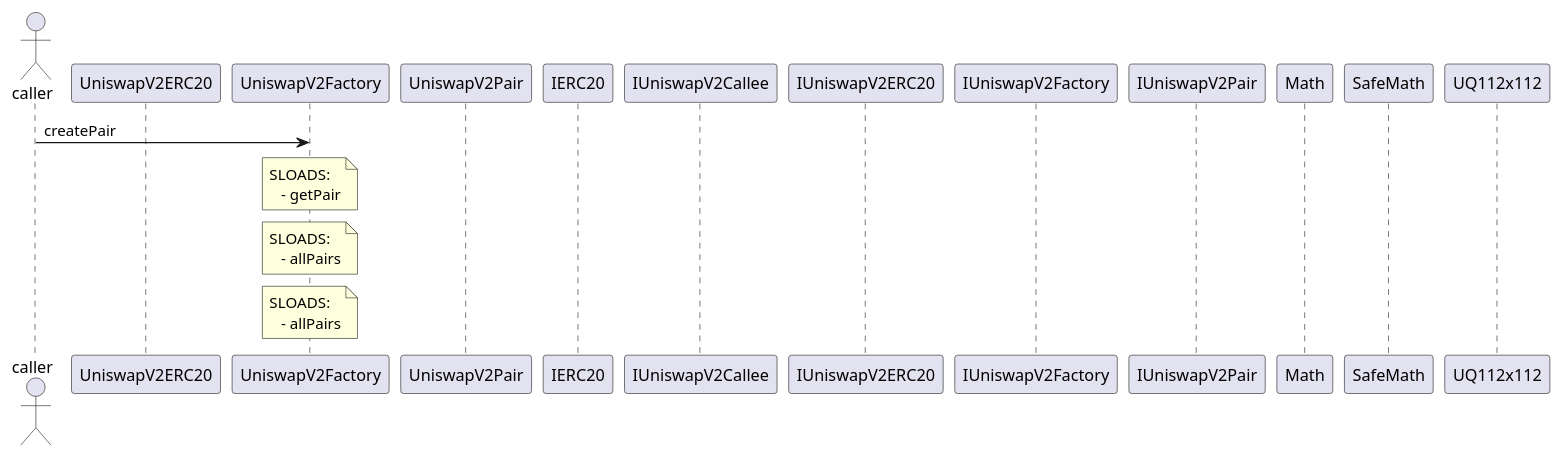
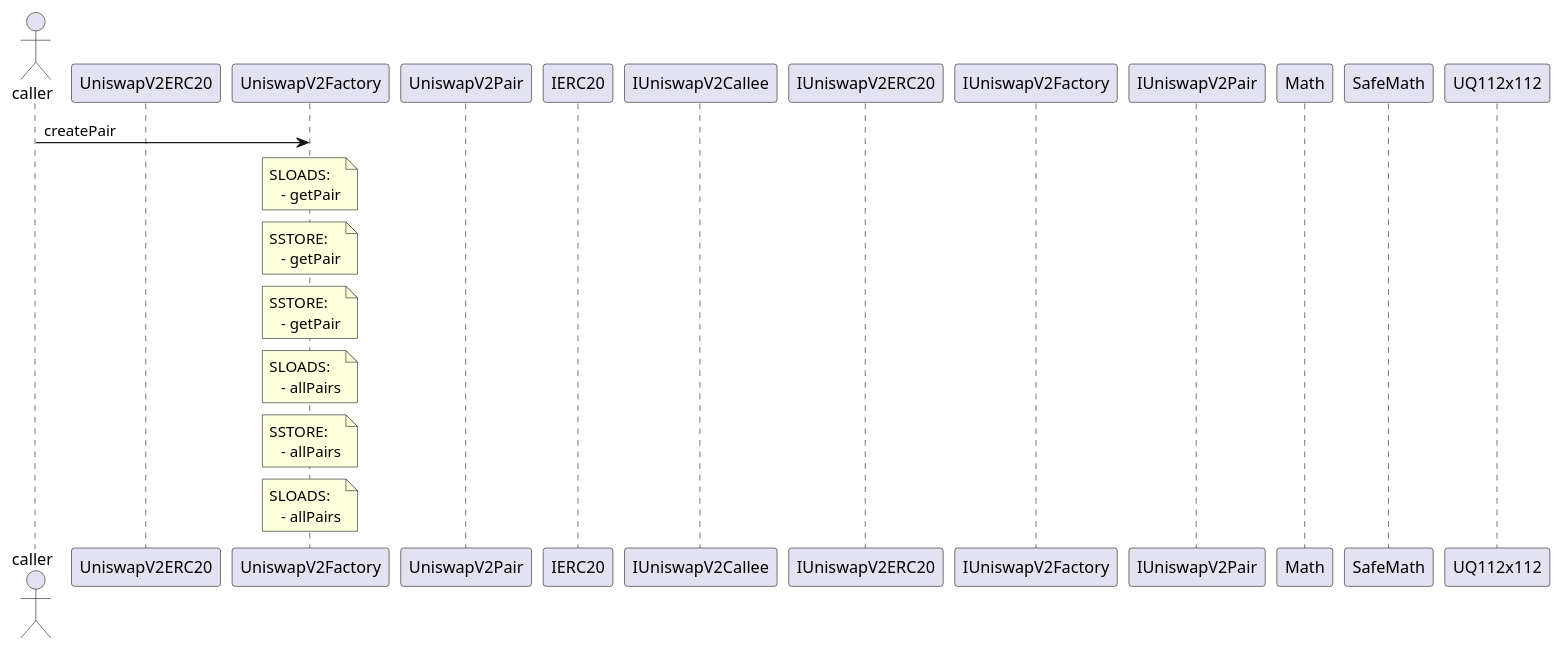
The diagram in examples/printers/univ2/contracts/UniswapV2Factory.sol-UniswapV2FactorycreatePairaddressaddress.puml (NoahMarconi/ethwaterloo-2023), drawn with PlantUML before and after one commit. The commit also changed 1 other file, not shown here.

```diff
--- a/examples/printers/univ2/contracts/UniswapV2Factory.sol-UniswapV2FactorycreatePairaddressaddress.puml
+++ b/examples/printers/univ2/contracts/UniswapV2Factory.sol-UniswapV2FactorycreatePairaddressaddress.puml
@@ -1,18 +1,21 @@
 @startuml
  actor caller 
  participant UniswapV2ERC20 
  participant UniswapV2Factory 
  participant UniswapV2Pair 
  participant IERC20 
  participant IUniswapV2Callee 
  participant IUniswapV2ERC20 
  participant IUniswapV2Factory 
  participant IUniswapV2Pair 
  participant Math 
  participant SafeMath 
  participant UQ112x112 
   caller -> UniswapV2Factory: createPair 
  note over UniswapV2Factory: SLOADS: \n   - getPair 
+ note over UniswapV2Factory: SSTORE: \n   - getPair 
+ note over UniswapV2Factory: SSTORE: \n   - getPair 
  note over UniswapV2Factory: SLOADS: \n   - allPairs 
+ note over UniswapV2Factory: SSTORE: \n   - allPairs 
  note over UniswapV2Factory: SLOADS: \n   - allPairs 
 @enduml
```
